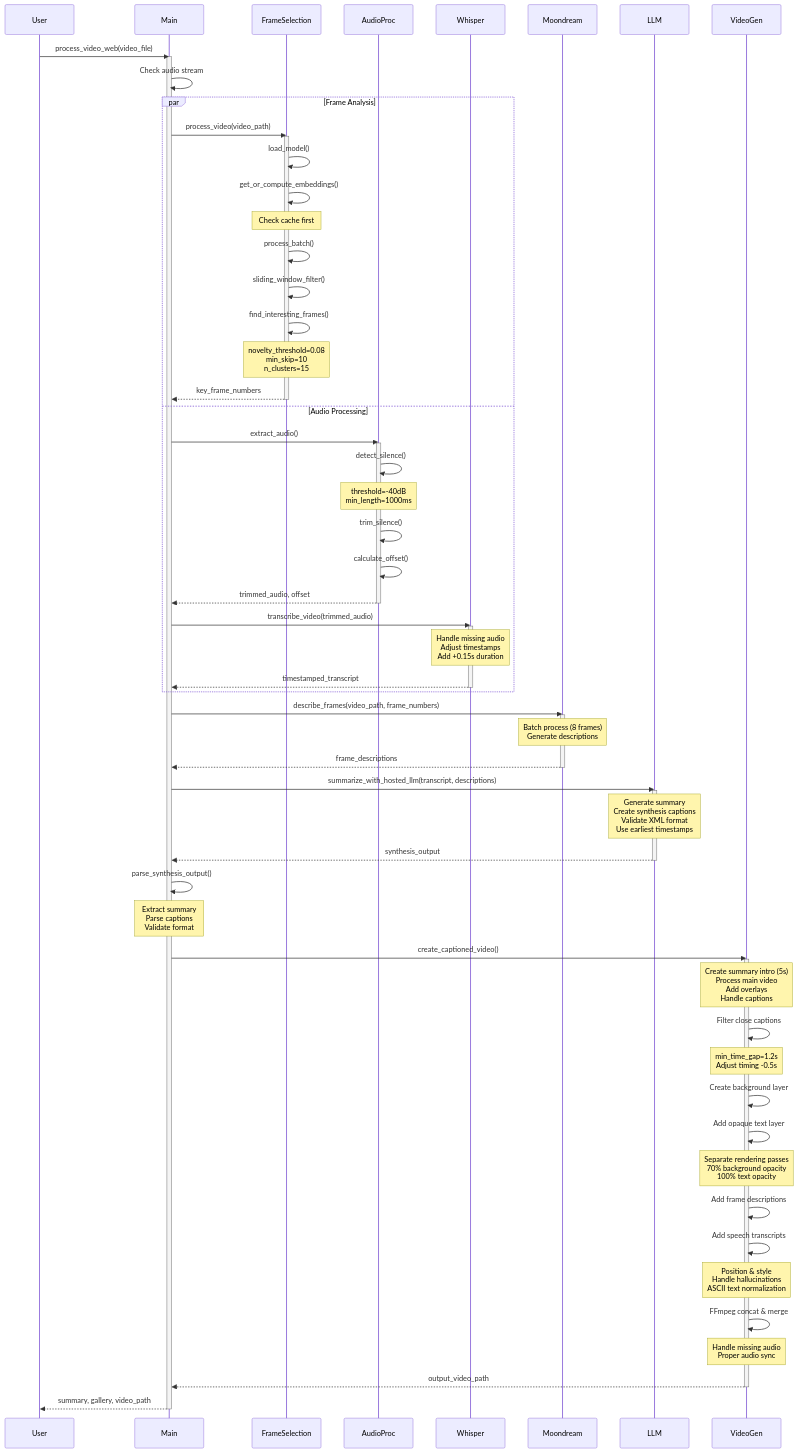
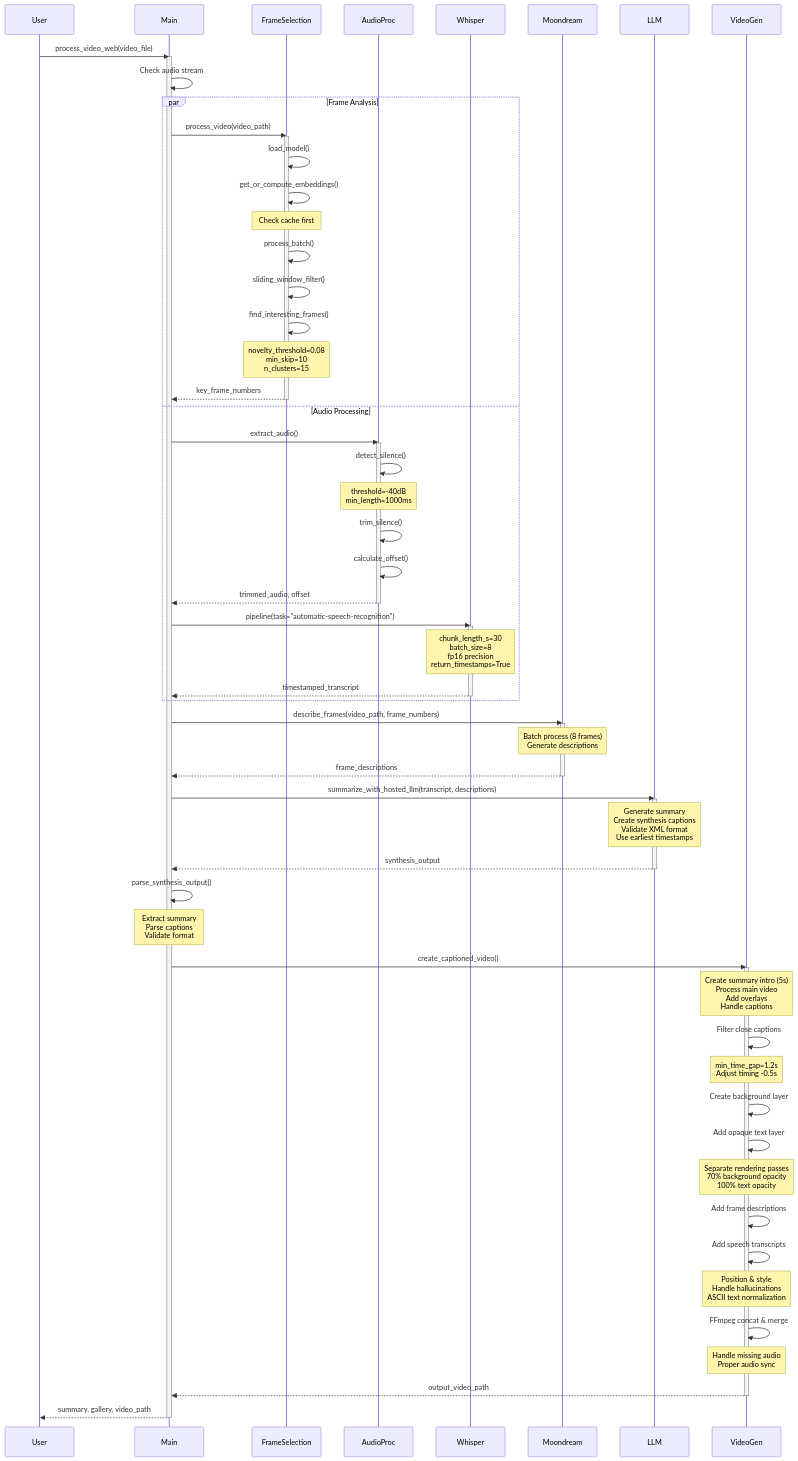
Before and after one commit to parsakhaz/video-understanding-engine: the second of 2 diagrams in README.md, drawn with Mermaid. The commit also changed other lines of this file and 2 other files, not shown here.

Commit message:
switched to transformers whisper large v3 turbo, fp16, for more accurate transcription & tuned prompts

````diff
--- a/README.md
+++ b/README.md
@@ -194,78 +196,78 @@
 ```mermaid
 sequenceDiagram
     participant User
     participant Main
     participant FrameSelection
     participant AudioProc
     participant Whisper
     participant Moondream
     participant LLM
     participant VideoGen
 
     User->>Main: process_video_web(video_file)
     activate Main
     
     Main->>Main: Check audio stream
     
     par Frame Analysis
         Main->>FrameSelection: process_video(video_path)
         activate FrameSelection
         FrameSelection->>FrameSelection: load_model()
         FrameSelection->>FrameSelection: get_or_compute_embeddings()
         Note over FrameSelection: Check cache first
         FrameSelection->>FrameSelection: process_batch()
         FrameSelection->>FrameSelection: sliding_window_filter()
         FrameSelection->>FrameSelection: find_interesting_frames()
         Note over FrameSelection: novelty_threshold=0.08<br/>min_skip=10<br/>n_clusters=15
         FrameSelection-->>Main: key_frame_numbers
         deactivate FrameSelection
     and Audio Processing
         Main->>AudioProc: extract_audio()
         activate AudioProc
         AudioProc->>AudioProc: detect_silence()
         Note over AudioProc: threshold=-40dB<br/>min_length=1000ms
         AudioProc->>AudioProc: trim_silence()
         AudioProc->>AudioProc: calculate_offset()
         AudioProc-->>Main: trimmed_audio, offset
         deactivate AudioProc
-        Main->>Whisper: transcribe_video(trimmed_audio)
+        Main->>Whisper: pipeline(task="automatic-speech-recognition")
         activate Whisper
-        Note over Whisper: Handle missing audio<br/>Adjust timestamps<br/>Add +0.15s duration
+        Note over Whisper: chunk_length_s=30<br/>batch_size=8<br/>fp16 precision<br/>return_timestamps=True
         Whisper-->>Main: timestamped_transcript
         deactivate Whisper
     end
 
     Main->>Moondream: describe_frames(video_path, frame_numbers)
     activate Moondream
     Note over Moondream: Batch process (8 frames)<br/>Generate descriptions
     Moondream-->>Main: frame_descriptions
     deactivate Moondream
 
     Main->>LLM: summarize_with_hosted_llm(transcript, descriptions)
     activate LLM
     Note over LLM: Generate summary<br/>Create synthesis captions<br/>Validate XML format<br/>Use earliest timestamps
     LLM-->>Main: synthesis_output
     deactivate LLM
 
     Main->>Main: parse_synthesis_output()
     Note over Main: Extract summary<br/>Parse captions<br/>Validate format
 
     Main->>VideoGen: create_captioned_video()
     activate VideoGen
     Note over VideoGen: Create summary intro (5s)<br/>Process main video<br/>Add overlays<br/>Handle captions
     VideoGen->>VideoGen: Filter close captions
     Note over VideoGen: min_time_gap=1.2s<br/>Adjust timing -0.5s
     VideoGen->>VideoGen: Create background layer
     VideoGen->>VideoGen: Add opaque text layer
     Note over VideoGen: Separate rendering passes<br/>70% background opacity<br/>100% text opacity
     VideoGen->>VideoGen: Add frame descriptions
     VideoGen->>VideoGen: Add speech transcripts
     Note over VideoGen: Position & style<br/>Handle hallucinations<br/>ASCII text normalization
     VideoGen->>VideoGen: FFmpeg concat & merge
     Note over VideoGen: Handle missing audio<br/>Proper audio sync
     VideoGen-->>Main: output_video_path
     deactivate VideoGen
 
     Main-->>User: summary, gallery, video_path
     deactivate Main
 ```
````
